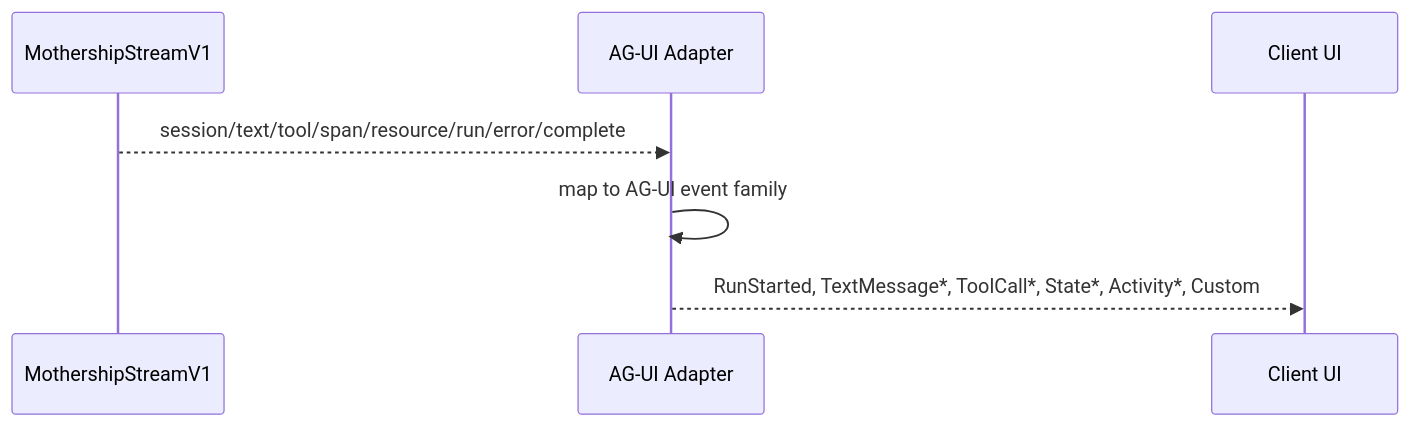
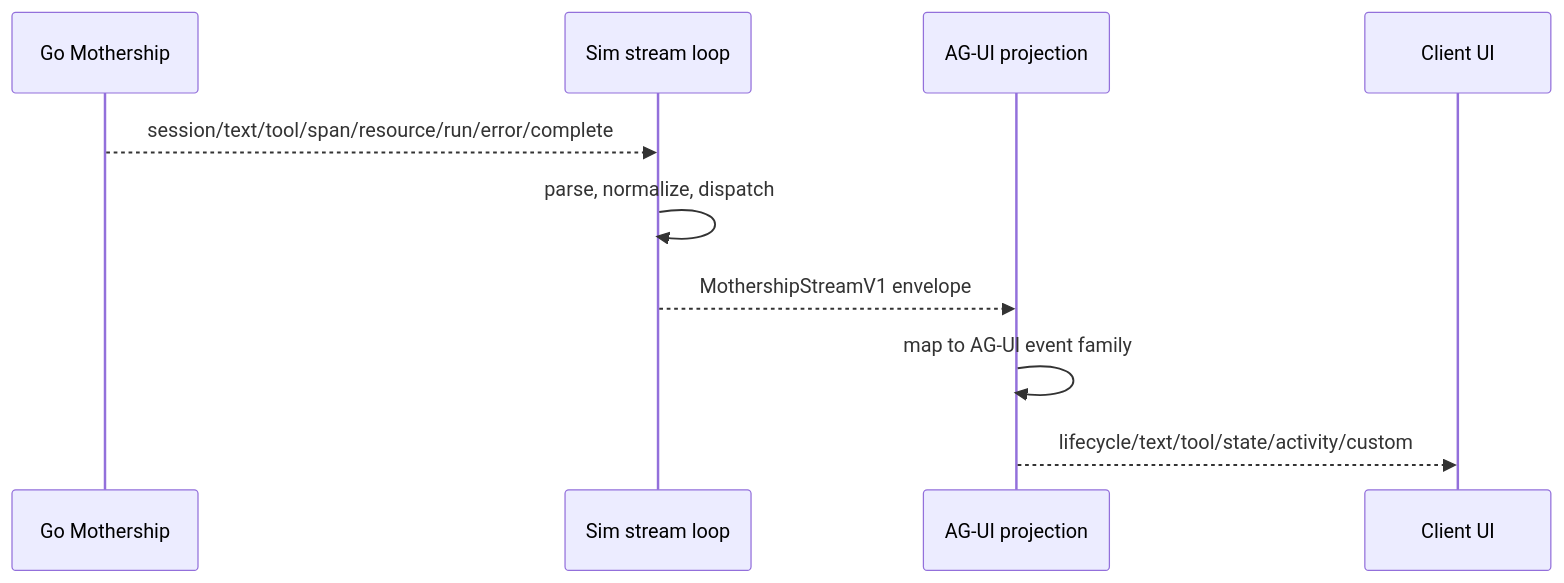
Before and after one commit to nfbs2000/speaky-sim: the first of 2 diagrams in site/docs/mothership-contract/11-agui-event-map.md, drawn with Mermaid. The commit also changed other lines of this file and 5 other files, not shown here.

````diff
--- a/site/docs/mothership-contract/11-agui-event-map.md
+++ b/site/docs/mothership-contract/11-agui-event-map.md
@@ -7,10 +7,13 @@
 ```mermaid
 sequenceDiagram
-  participant M as MothershipStreamV1
-  participant A as AG-UI Adapter
+  participant G as Go Mothership
+  participant S as Sim stream loop
+  participant P as AG-UI projection
   participant C as Client UI
 
-  M-->>A: session/text/tool/span/resource/run/error/complete
-  A->>A: map to AG-UI event family
-  A-->>C: RunStarted, TextMessage*, ToolCall*, State*, Activity*, Custom
+  G-->>S: session/text/tool/span/resource/run/error/complete
+  S->>S: parse, normalize, dispatch
+  S-->>P: MothershipStreamV1 envelope
+  P->>P: map to AG-UI event family
+  P-->>C: lifecycle/text/tool/state/activity/custom
 ```
````
